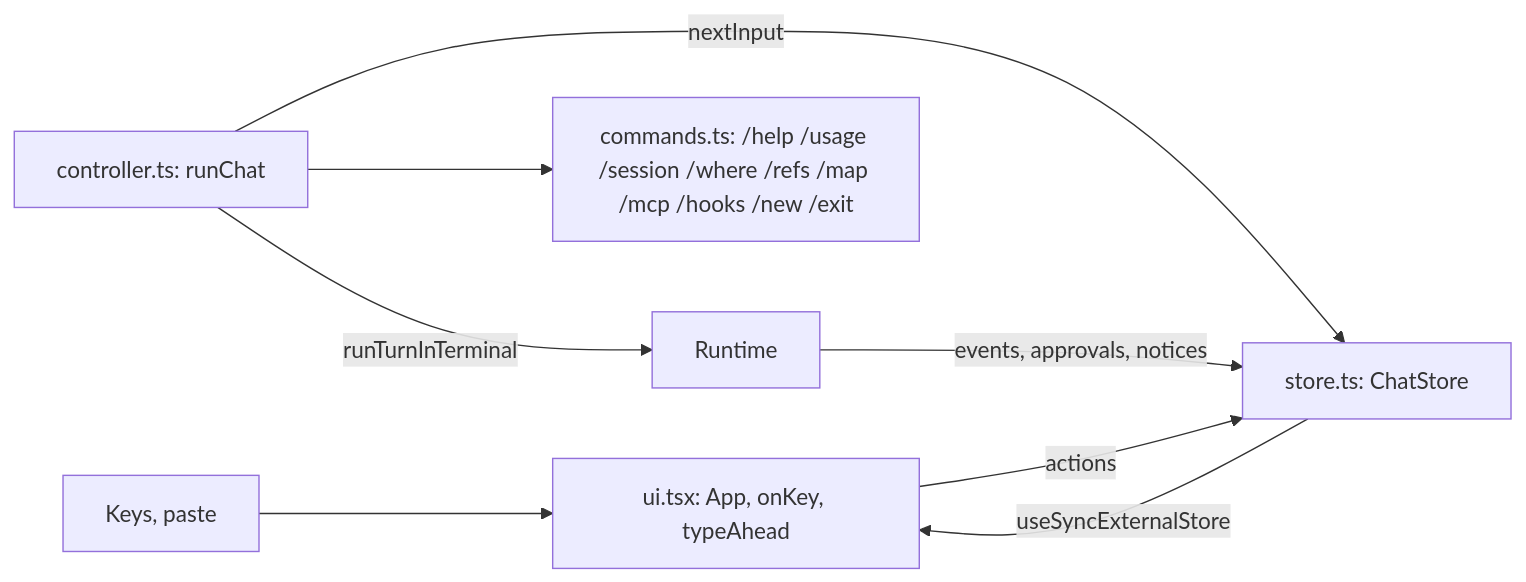
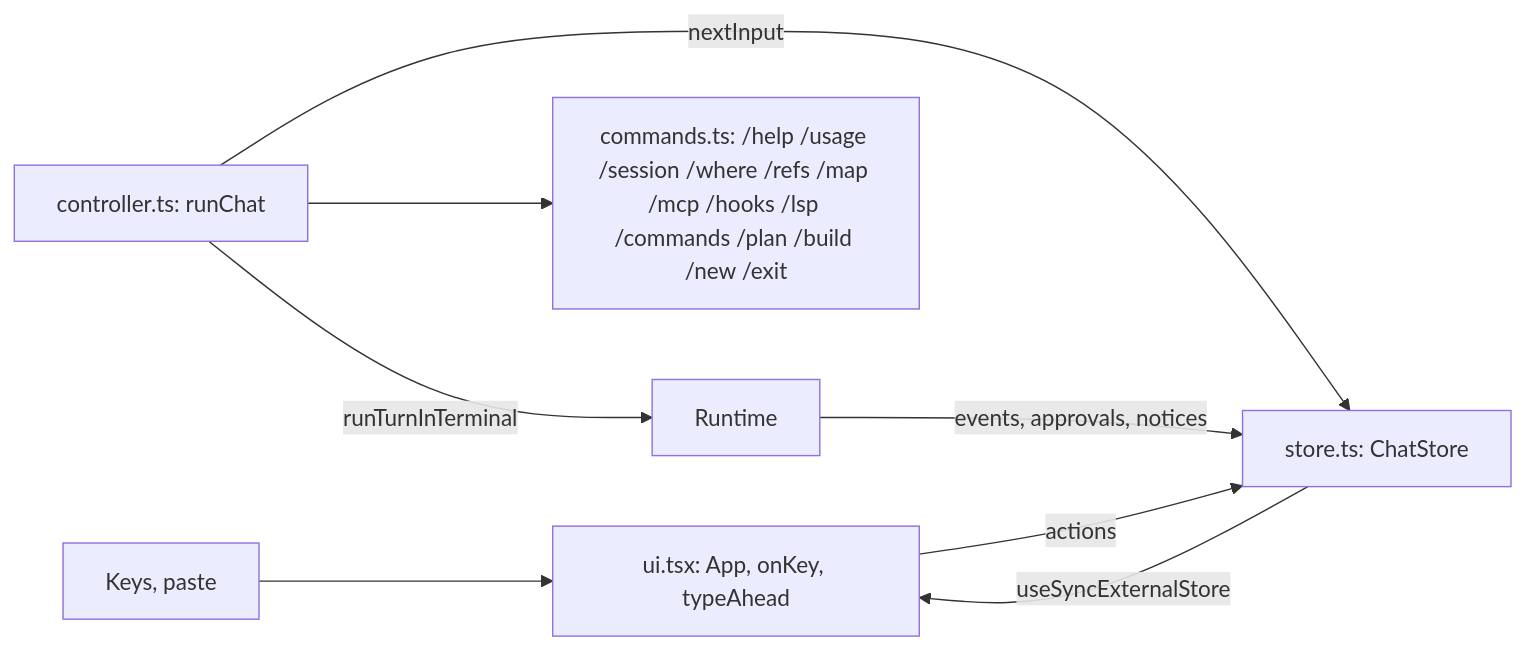
One commit to madhu-sv/garuda changed the diagram in docs/lld/cli.md. Above: the diagram before and after it, drawn with Mermaid. The commit also changed other lines of this file and 39 other files, not shown here.

````diff
--- a/docs/lld/cli.md
+++ b/docs/lld/cli.md
@@ -65,10 +67,10 @@
 ```mermaid
 flowchart LR
   keys[Keys, paste] --> ui[ui.tsx: App, onKey, typeAhead]
   ui -->|actions| store[store.ts: ChatStore]
   store -->|useSyncExternalStore| ui
   ctrl[controller.ts: runChat] -->|nextInput| store
-  ctrl --> cmds[commands.ts: /help /usage /session /where /refs /map /mcp /hooks /new /exit]
+  ctrl --> cmds[commands.ts: /help /usage /session /where /refs /map /mcp /hooks /lsp /commands /plan /build /new /exit]
   ctrl -->|runTurnInTerminal| rt[Runtime]
   rt -->|events, approvals, notices| store
 ```
````
